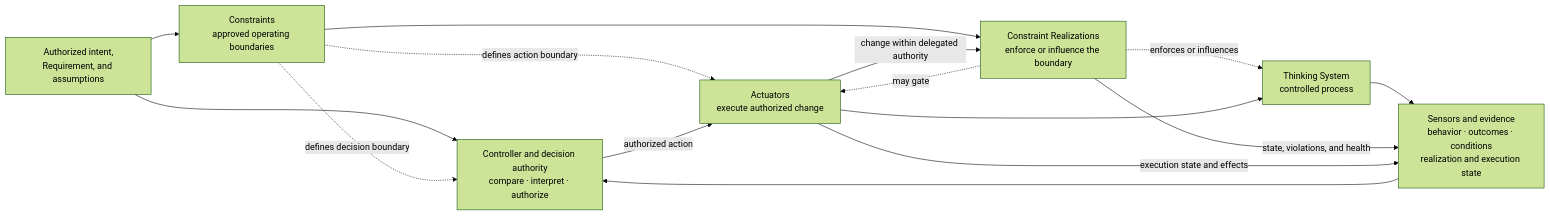
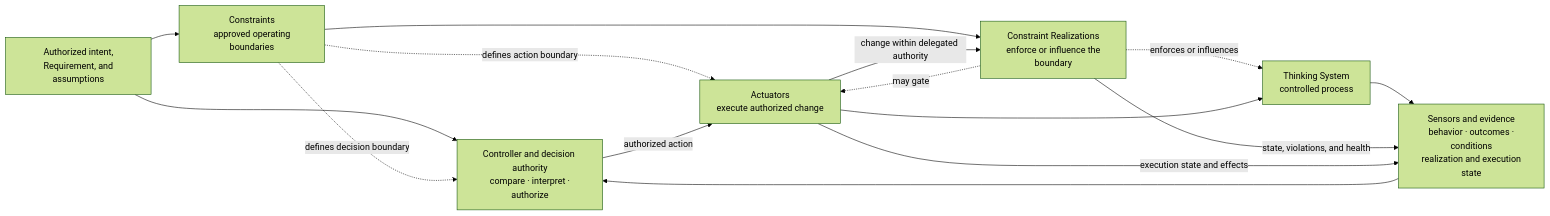
Before and after one commit to UncertaintyArchitectureGroup/uncertainty-architecture: the eighth of 14 diagrams in content/research/notes/open-engineering-specification-article-draft.md, drawn with Mermaid (forest theme). The commit also changed other lines of this file, not shown here.

Commit message:
fix(research): stabilize Mermaid rendering

````diff
--- a/content/research/notes/open-engineering-specification-article-draft.md
+++ b/content/research/notes/open-engineering-specification-article-draft.md
@@ -406,25 +411,25 @@
 ```mermaid
 flowchart LR
-    R["Authorized intent,<br/>Requirement, and assumptions"]
-    K["Constraints<br/>approved operating boundaries"]
-    KR["Constraint Realizations<br/>enforce or influence the boundary"]
-    P["Thinking System<br/>controlled process"]
-    S["Sensors and evidence<br/>behavior · outcomes · conditions<br/>realization and execution state"]
-    C["Controller and decision authority<br/>compare · interpret · authorize"]
-    A["Actuators<br/>execute authorized change"]
+    R["Authorized intent,<br/> Requirement, and assumptions"]
+    K["Constraints<br/> approved operating boundaries"]
+    KR["Constraint Realizations<br/> enforce or influence the boundary"]
+    P["Thinking System<br/> controlled process"]
+    S["Sensors and evidence<br/> behavior · outcomes · conditions<br/> realization and execution state"]
+    C["Controller and decision authority<br/> compare · interpret · authorize"]
+    A["Actuators<br/> execute authorized change"]
 
     R --> C
     R --> K
     K --> KR
     K -. defines decision boundary .-> C
     K -. defines action boundary .-> A
     KR -. enforces or influences .-> P
     KR -. may gate .-> A
     P --> S
     KR -->|state, violations, and health| S
     A -->|execution state and effects| S
     S --> C
     C -->|authorized action| A
     A --> P
     A -->|change within delegated authority| KR
 ```
````
